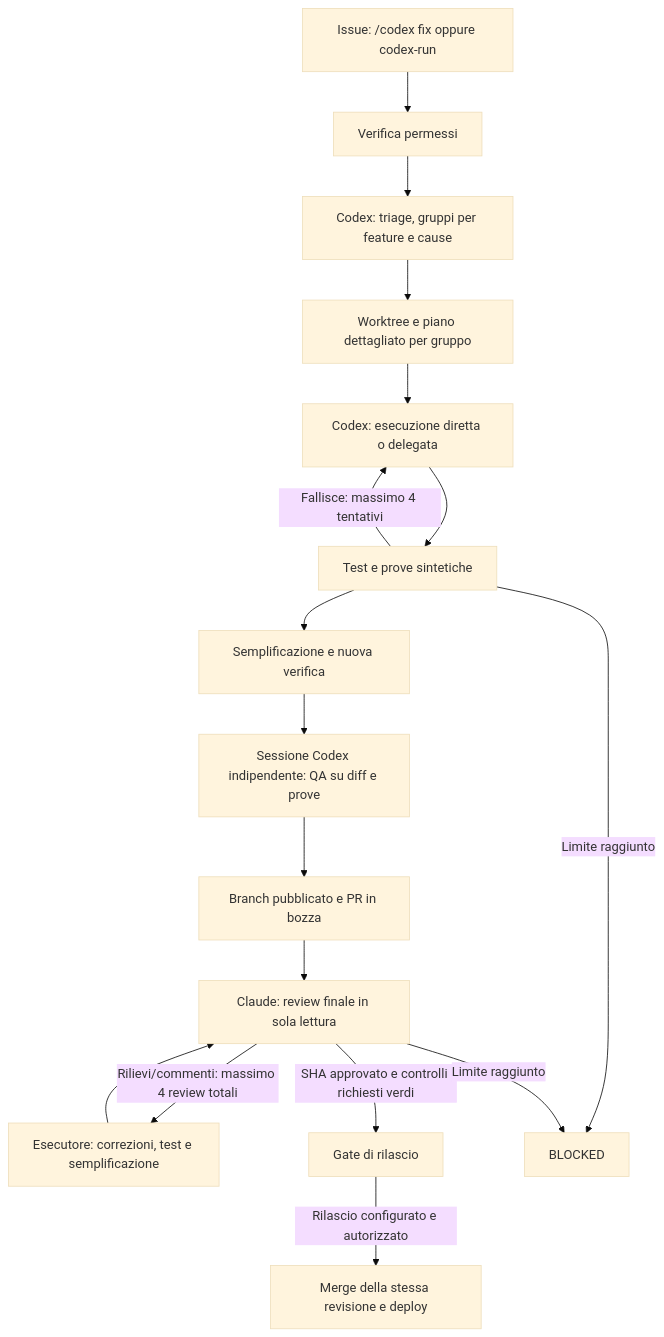
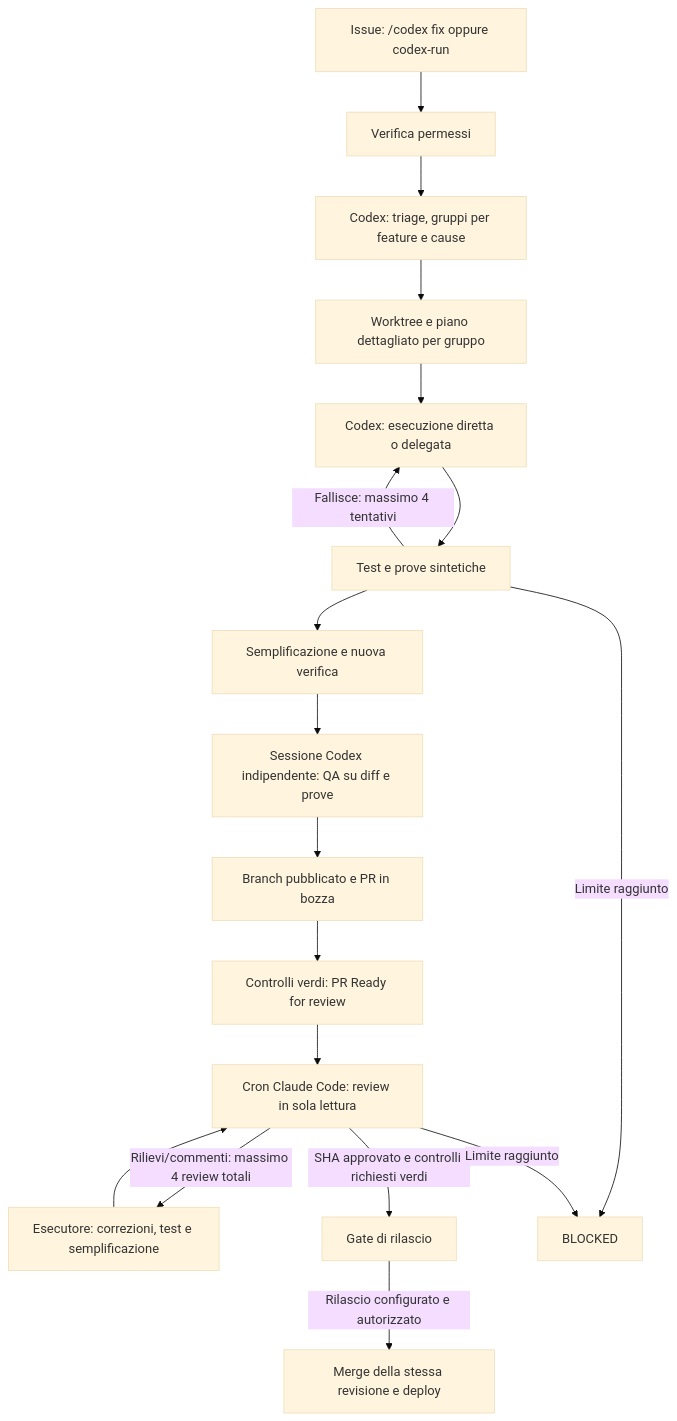
The diagram in docs/codex-bug-workflow.md (l2v-hub/ClinicOS), drawn with Mermaid (base theme) before and after one commit. The commit also changed other lines of this file and 79 other files, not shown here.

Commit message:
feat: add issue lifecycle dashboard and external Claude Code review handoff

````diff
--- a/docs/codex-bug-workflow.md
+++ b/docs/codex-bug-workflow.md
@@ -9,19 +9,20 @@
 ```mermaid
 flowchart TD
   I[Issue: /codex fix oppure codex-run] --> A[Verifica permessi]
   A --> T[Codex: triage, gruppi per feature e cause]
   T --> P[Worktree e piano dettagliato per gruppo]
   P --> E[Codex: esecuzione diretta o delegata]
   E --> V[Test e prove sintetiche]
   V -->|Fallisce: massimo 4 tentativi| E
   V --> S[Semplificazione e nuova verifica]
   S --> QI[Sessione Codex indipendente: QA su diff e prove]
   QI --> D[Branch pubblicato e PR in bozza]
-  D --> C[Claude: review finale in sola lettura]
+  D --> RC[Controlli verdi: PR Ready for review]
+  RC --> C[Cron Claude Code: review in sola lettura]
   C -->|Rilievi/commenti: massimo 4 review totali| F[Esecutore: correzioni, test e semplificazione]
   F --> C
   C -->|SHA approvato e controlli richiesti verdi| Q[Gate di rilascio]
   Q -->|Rilascio configurato e autorizzato| R[Merge della stessa revisione e deploy]
   V -->|Limite raggiunto| B[BLOCKED]
   C -->|Limite raggiunto| B
 ```
````
